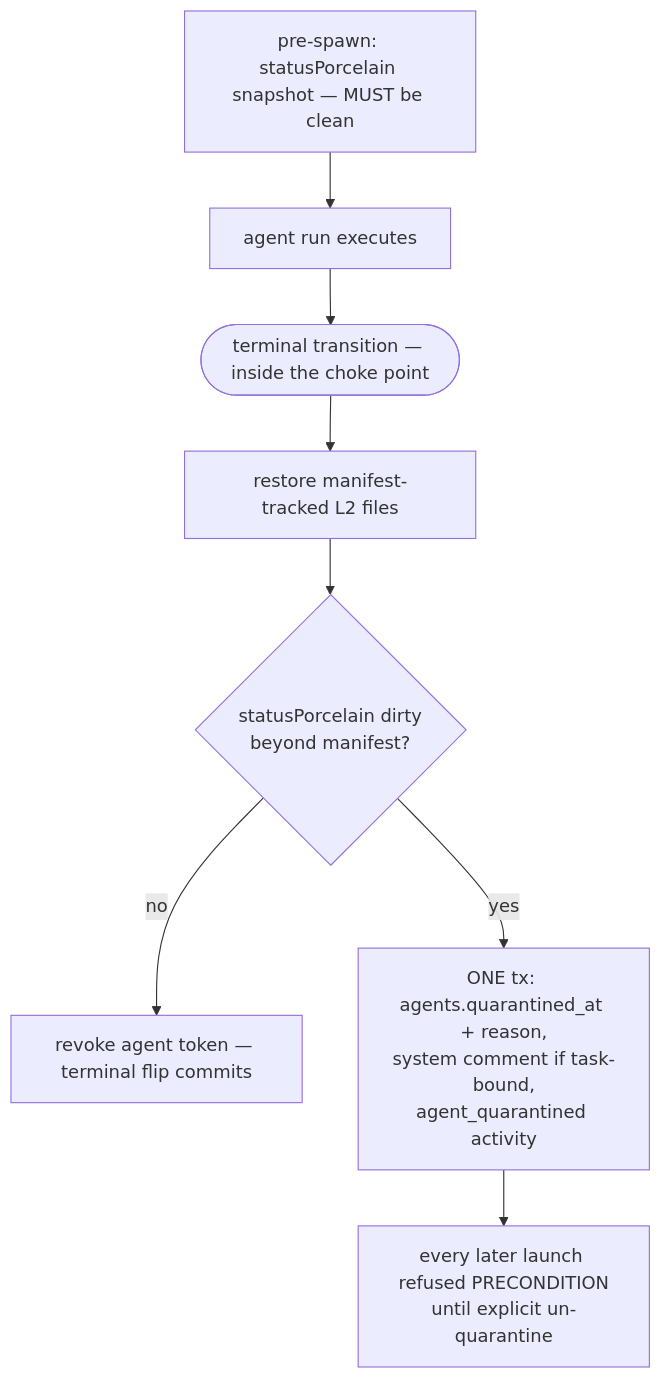
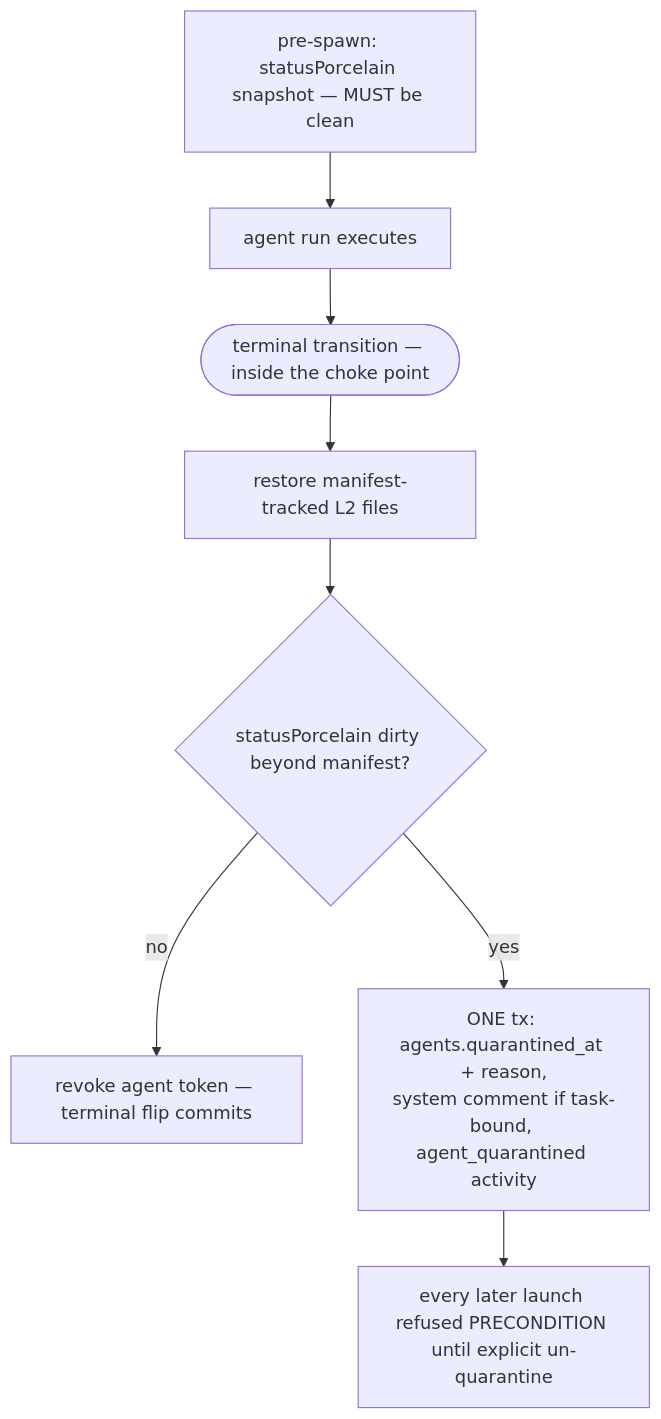
One commit to maister-dev/maister changed the ninth of 9 diagrams in docs/system-analytics/agents.md. Above: the diagram before and after it, drawn with Mermaid. The commit also changed other lines of this file and 8 other files, not shown here.

````diff
--- a/docs/system-analytics/agents.md
+++ b/docs/system-analytics/agents.md
@@ -215,10 +287,10 @@
 ```mermaid
 flowchart TD
     P[pre-spawn: statusPorcelain snapshot — MUST be clean] --> RUN[agent run executes]
     RUN --> TT([terminal transition — inside the choke point])
     TT --> RST[restore manifest-tracked L2 files]
-    RST --> CHK{statusPorcelain dirty<br/>beyond manifest?}
+    RST --> CHK{statusPorcelain dirty beyond manifest?}
     CHK -- no --> OK[revoke agent token — terminal flip commits]
-    CHK -- yes --> QT[ONE tx: agents.quarantined_at + reason,<br/>system comment if task-bound,<br/>agent_quarantined activity]
-    QT --> REF[every later launch refused PRECONDITION<br/>until explicit un-quarantine]
+    CHK -- yes --> QT[ONE tx: agents.quarantined_at + reason,<br/>system comment if task-bound, agent_quarantined activity]
+    QT --> REF[every later launch refused PRECONDITION until explicit un-quarantine]
 ```
````
